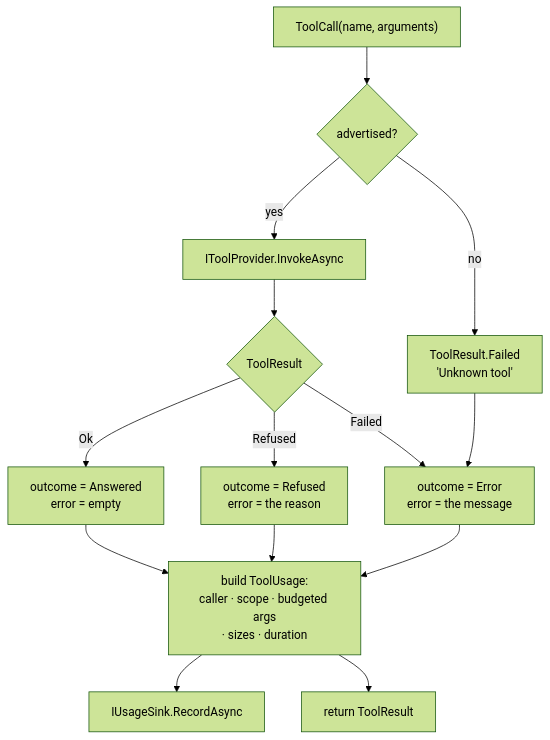
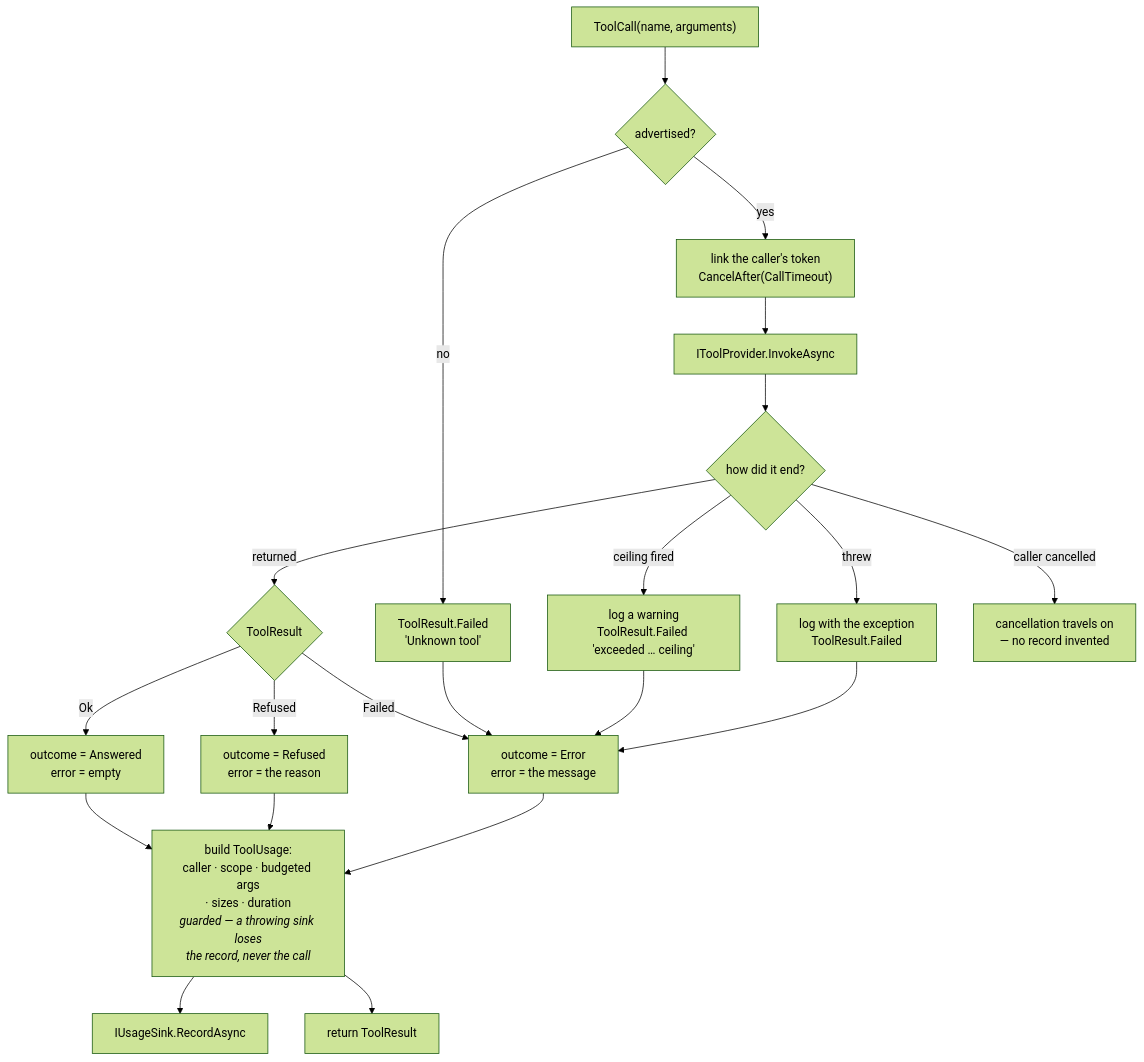
The diagram in research/module_tool_dispatch.md (oleksandrdubyna88/dew_flow_mcp), drawn with Mermaid (forest theme) before and after one commit. The commit also changed other lines of this file and 20 other files, not shown here.

````diff
--- a/research/module_tool_dispatch.md
+++ b/research/module_tool_dispatch.md
@@ -18,18 +18,27 @@
 ```mermaid
 flowchart TD
     CALL["ToolCall(name, arguments)"] --> LOOKUP{"advertised?"}
     LOOKUP -->|no| UNKNOWN["ToolResult.Failed<br/>'Unknown tool'"]
-    LOOKUP -->|yes| PROVIDER["IToolProvider.InvokeAsync"]
-    PROVIDER --> RESULT{"ToolResult"}
+    LOOKUP -->|yes| BUDGET["link the caller's token<br/>CancelAfter(CallTimeout)"]
+    BUDGET --> PROVIDER["IToolProvider.InvokeAsync"]
+
+    PROVIDER --> ENDED{"how did it end?"}
+    ENDED -->|returned| RESULT{"ToolResult"}
+    ENDED -->|"ceiling fired"| EXPIRED["log a warning<br/>ToolResult.Failed 'exceeded … ceiling'"]
+    ENDED -->|threw| FAULT["log with the exception<br/>ToolResult.Failed"]
+    ENDED -->|"caller cancelled"| PROPAGATE["cancellation travels on<br/>— no record invented"]
+
     RESULT -->|Ok| ANSWERED["outcome = Answered<br/>error = empty"]
     RESULT -->|Refused| REFUSED["outcome = Refused<br/>error = the reason"]
     RESULT -->|Failed| ERRORED["outcome = Error<br/>error = the message"]
     UNKNOWN --> ERRORED
+    EXPIRED --> ERRORED
+    FAULT --> ERRORED
 
     ANSWERED --> RECORD
     REFUSED --> RECORD
     ERRORED --> RECORD
 
-    RECORD["build ToolUsage:<br/>caller · scope · budgeted args<br/>· sizes · duration"] --> SINK["IUsageSink.RecordAsync"]
+    RECORD["build ToolUsage:<br/>caller · scope · budgeted args<br/>· sizes · duration<br/><i>guarded — a throwing sink loses<br/>the record, never the call</i>"] --> SINK["IUsageSink.RecordAsync"]
     RECORD --> RETURN["return ToolResult"]
 ```
````
